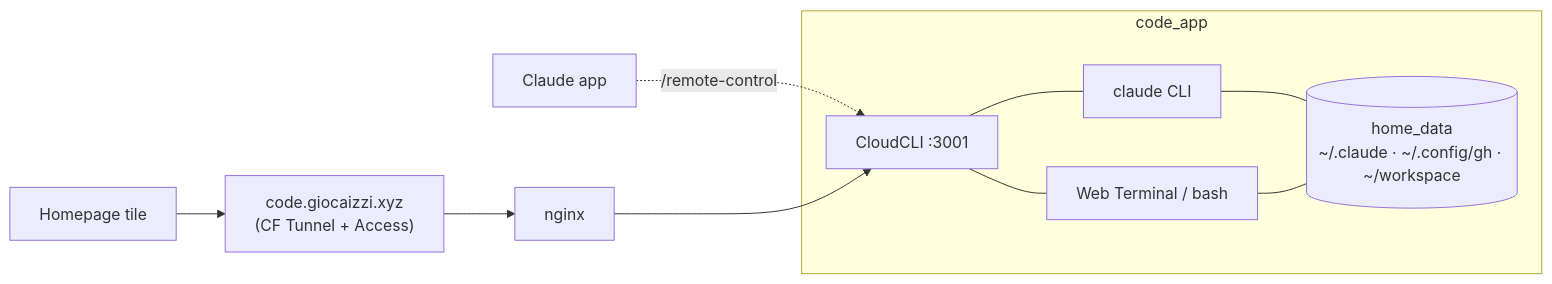
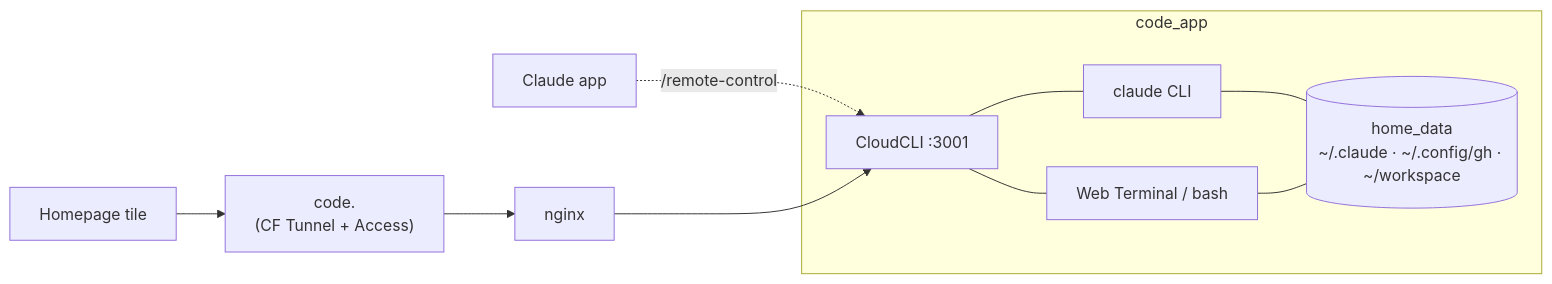
The diagram in services/code/README.md (giocaizzi/rp5-homeserver), drawn with Mermaid before and after one commit. The commit also changed other lines of this file and 23 other files, not shown here.

````diff
--- a/services/code/README.md
+++ b/services/code/README.md
@@ -48,17 +48,17 @@
 ```mermaid
 flowchart LR
     HP[Homepage tile] --> CF
     Phone[Claude app] -. /remote-control .-> CC
-    CF["code.giocaizzi.xyz<br/>(CF Tunnel + Access)"] --> NX[nginx] --> CC
+    CF["code.<domain><br/>(CF Tunnel + Access)"] --> NX[nginx] --> CC
 
     subgraph code_app
       CC[CloudCLI :3001]
       SH[Web Terminal / bash]
       CLI[claude CLI]
       VOL[("home_data<br/>~/.claude · ~/.config/gh · ~/workspace")]
       CC --- SH
       CC --- CLI
       CLI --- VOL
       SH --- VOL
     end
 ```
````
